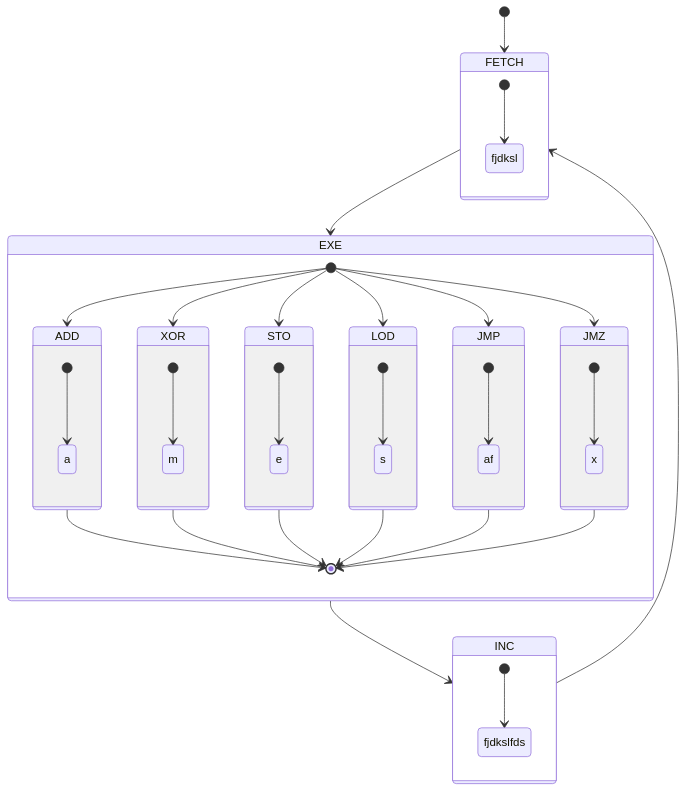
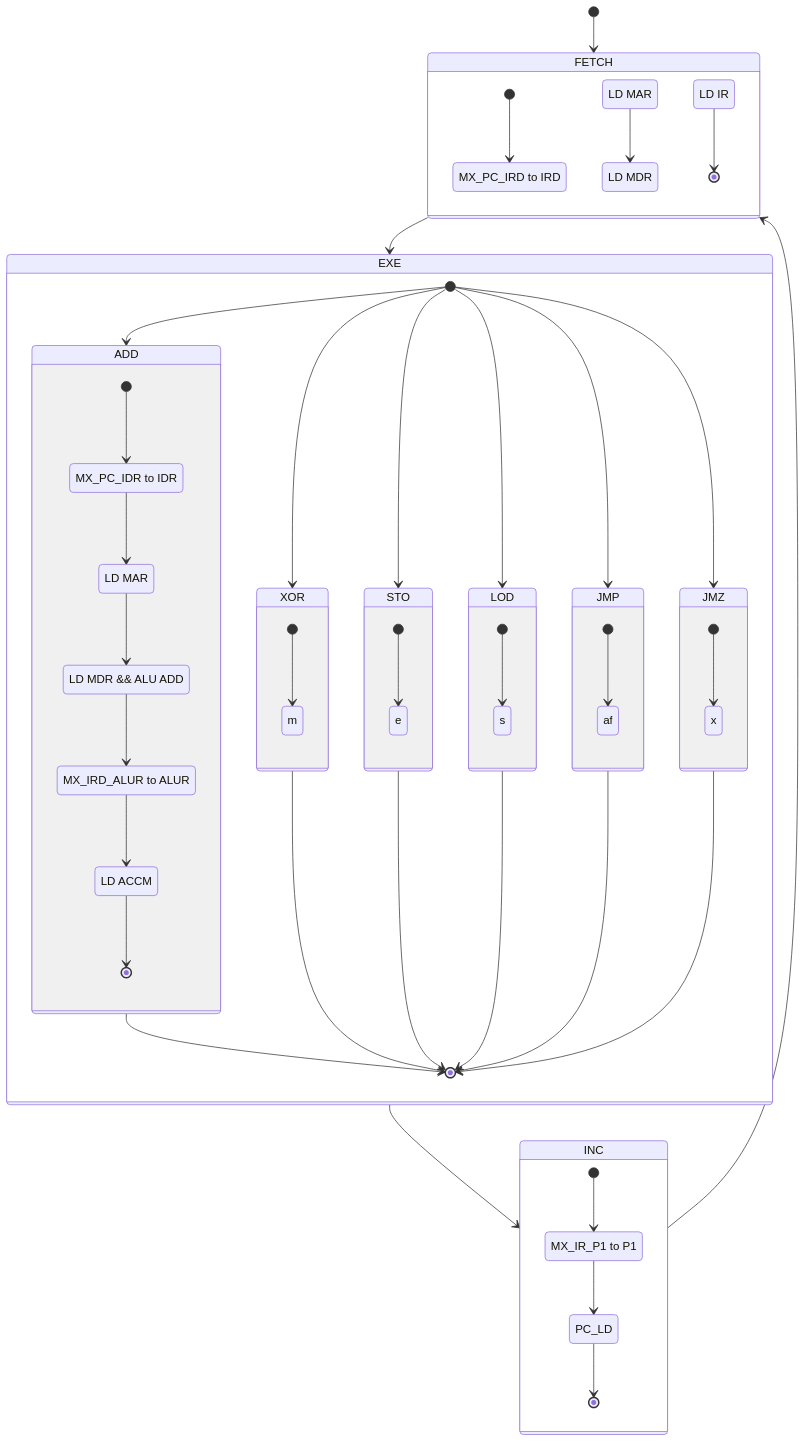
The diagram in readme.md (hexmaster111/LittleCpuVhdl), drawn with Mermaid before and after one commit.

Commit message:
add instrution readme

````diff
--- a/readme.md
+++ b/readme.md
@@ -21,57 +21,78 @@
 ``` mermaid
 stateDiagram-v2
 
 [*] --> FETCH
 FETCH --> EXE
 EXE --> INC
 INC --> FETCH
 
 state FETCH {
-    [*] --> fjdksl
+    F0 : MX_PC_IRD to IRD 
+    F1 : LD MAR
+    F2 : LD MDR
+    F3 : LD IR
+    
+    [*] --> F0
+    F1 --> F2
+    F3 --> [*]
 }
 
 state EXE {
     [*] --> ADD
     [*] --> XOR
     [*] --> STO
     [*] --> LOD
     [*] --> JMP
     [*] --> JMZ
 
     ADD --> [*]
     XOR --> [*]
     STO --> [*]
     LOD --> [*]
     JMP --> [*]
     JMZ --> [*]
 
     state ADD {
-        [*] --> a 
+        A0 : MX_PC_IDR to IDR
+        A1 : LD MAR
+        A2 : LD MDR && ALU ADD
+        A3 : MX_IRD_ALUR to ALUR
+        A4 : LD ACCM
+        [*] --> A0
+        A0 --> A1
+        A1 --> A2
+        A2 --> A3
+        A3 --> A4
+        A4 --> [*]
     }
 
     state XOR {
         [*] --> m
     }
 
     state STO {
         [*] --> e
     }
 
     state LOD {
         [*] --> s
     }
 
     state JMP {
         [*] --> af
     }
 
     state JMZ {
         [*] --> x
     }
 }
 
 state INC {
-    [*] --> fjdkslfds
+    I0 : MX_IR_P1 to P1 
+    I1 : PC_LD
+    [*] --> I0
+    I0 --> I1
+    I1 --> [*]
 }
 
 ```
````
